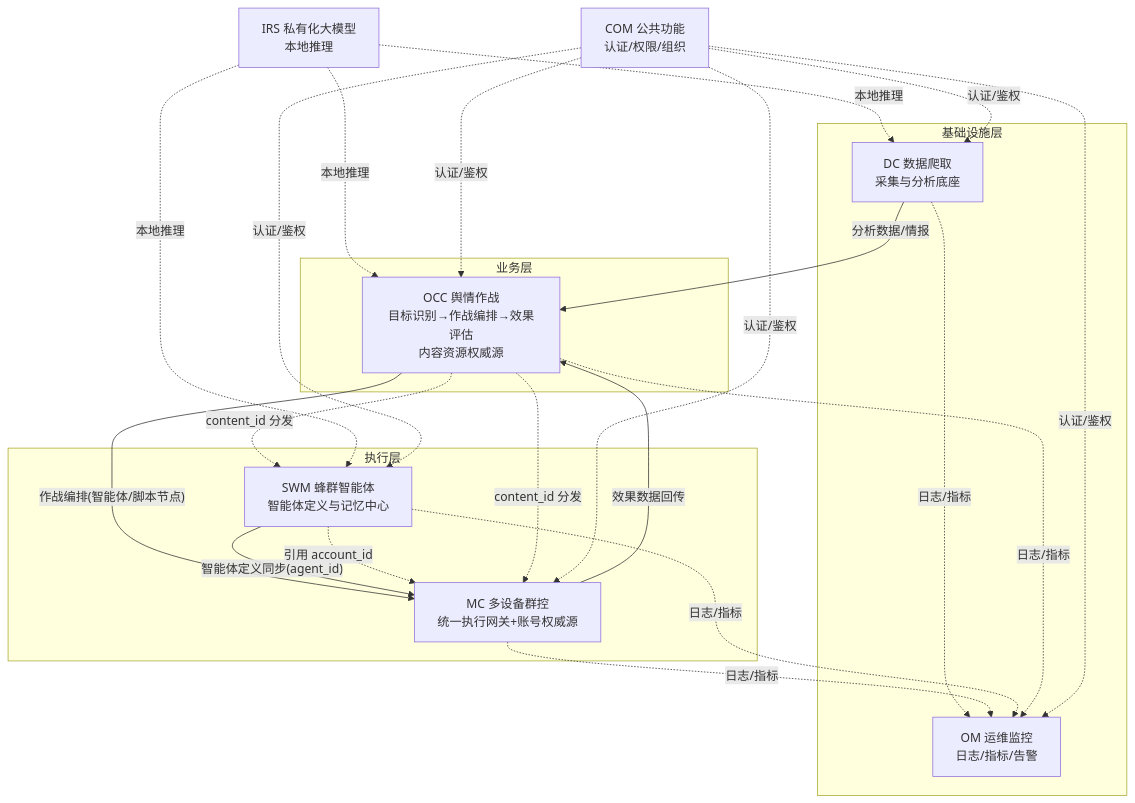
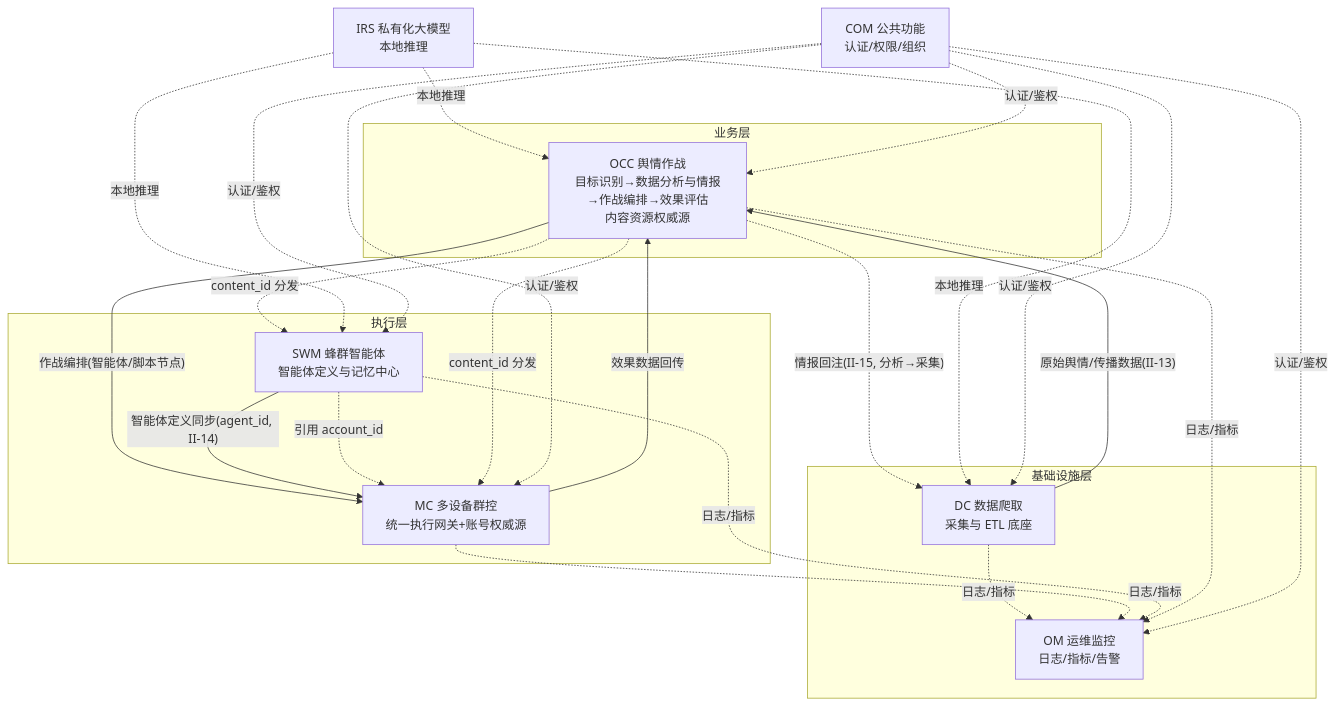
Before and after one commit to Sj-g/obsidian: the first of 45 diagrams in 公司项目/认知作战/文档/软件概要设计-架构图.md, drawn with Mermaid. The commit also changed other lines of this file and 3 other files, not shown here.

````diff
--- a/公司项目/认知作战/文档/软件概要设计-架构图.md
+++ b/公司项目/认知作战/文档/软件概要设计-架构图.md
@@ -29,27 +29,28 @@
 ```mermaid
 flowchart TB
     subgraph BIZ["业务层"]
-        OCC["OCC 舆情作战<br/>目标识别→作战编排→效果评估<br/>内容资源权威源"]
+        OCC["OCC 舆情作战<br/>目标识别→数据分析与情报→作战编排→效果评估<br/>内容资源权威源"]
     end
     subgraph EXEC["执行层"]
         SWM["SWM 蜂群智能体<br/>智能体定义与记忆中心"]
         MC["MC 多设备群控<br/>统一执行网关+账号权威源"]
     end
     subgraph INFRA["基础设施层"]
-        DC["DC 数据爬取<br/>采集与分析底座"]
+        DC["DC 数据爬取<br/>采集与 ETL 底座"]
         OM["OM 运维监控<br/>日志/指标/告警"]
     end
     IRS["IRS 私有化大模型<br/>本地推理"]
     COM["COM 公共功能<br/>认证/权限/组织"]
 
-    DC -->|"分析数据/情报"| OCC
+    DC -->|"原始舆情/传播数据(II-13)"| OCC
     OCC -->|"作战编排(智能体/脚本节点)"| MC
-    SWM -->|"智能体定义同步(agent_id)"| MC
+    SWM -->|"智能体定义同步(agent_id, II-14)"| MC
     MC -->|"效果数据回传"| OCC
+    OCC -.->|"情报回注(II-15, 分析→采集)"| DC
     SWM -.->|"引用 account_id"| MC
     OCC -.->|"content_id 分发"| SWM & MC
 
     IRS -.->|"本地推理"| DC & SWM & OCC
     DC & MC & SWM & OCC -.->|"日志/指标"| OM
     COM -.->|"认证/鉴权"| DC & MC & SWM & OCC & OM
 ```
````
